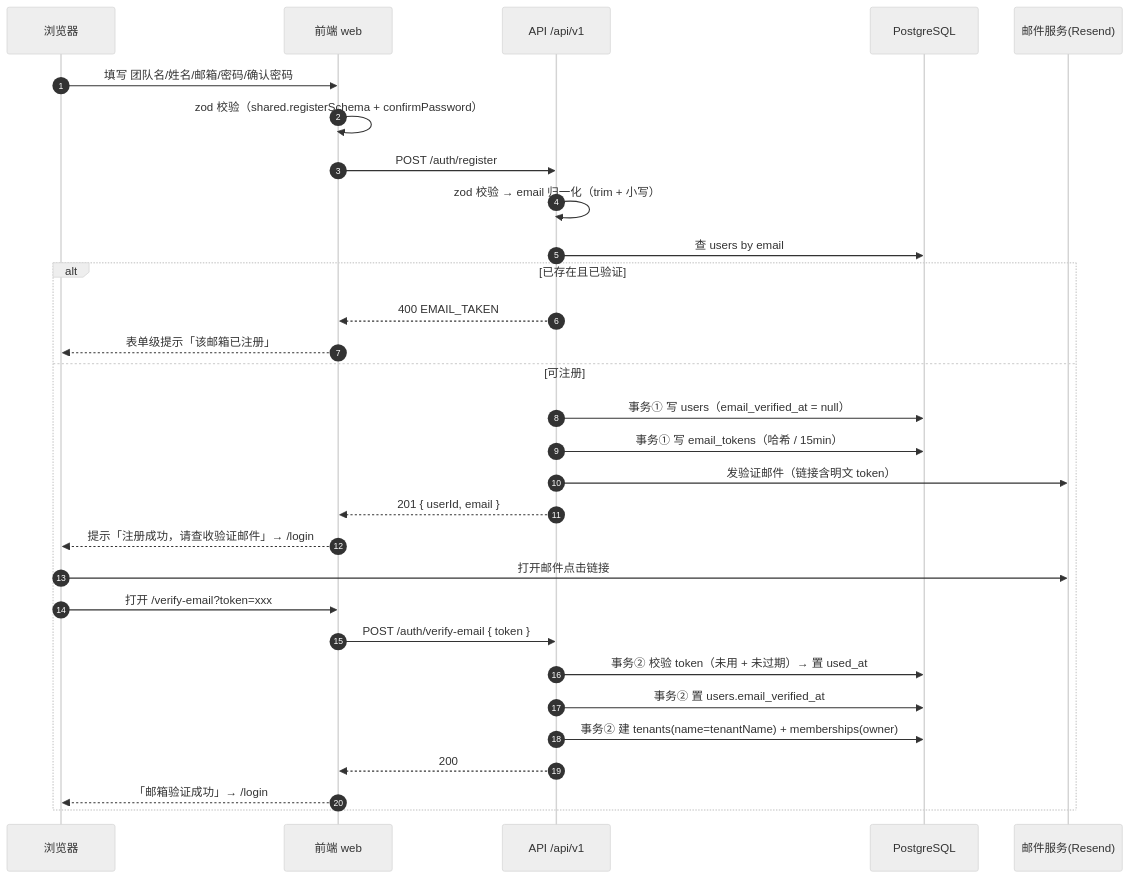
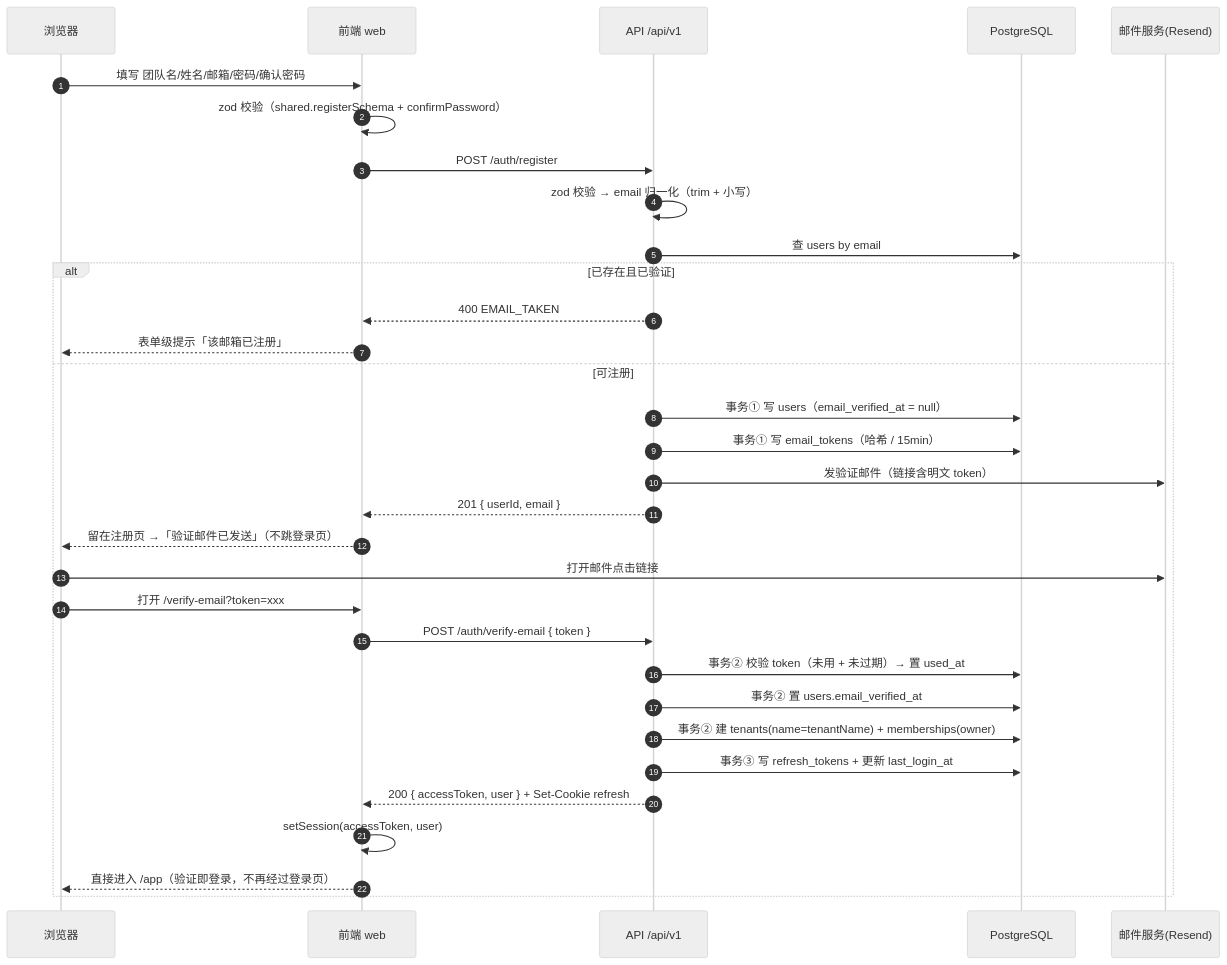
The first of 4 diagrams in _docs/功能技术方案/01-注册与登录.md (silent-wood/saas-starter), drawn with Mermaid (neutral theme) before and after one commit. The commit also changed other lines of this file and 23 other files, not shown here.

````diff
--- a/_docs/功能技术方案/01-注册与登录.md
+++ b/_docs/功能技术方案/01-注册与登录.md
@@ -80,33 +82,35 @@
 ```mermaid
 sequenceDiagram
     autonumber
     participant U as 浏览器
     participant W as 前端 web
     participant A as API /api/v1
     participant D as PostgreSQL
     participant M as 邮件服务(Resend)
 
     U->>W: 填写 团队名/姓名/邮箱/密码/确认密码
     W->>W: zod 校验（shared.registerSchema + confirmPassword）
     W->>A: POST /auth/register
     A->>A: zod 校验 → email 归一化（trim + 小写）
     A->>D: 查 users by email
     alt 已存在且已验证
         A-->>W: 400 EMAIL_TAKEN
         W-->>U: 表单级提示「该邮箱已注册」
     else 可注册
         A->>D: 事务① 写 users（email_verified_at = null）
         A->>D: 事务① 写 email_tokens（哈希 / 15min）
         A->>M: 发验证邮件（链接含明文 token）
         A-->>W: 201 { userId, email }
-        W-->>U: 提示「注册成功，请查收验证邮件」→ /login
+        W-->>U: 留在注册页 →「验证邮件已发送」（不跳登录页）
         U->>M: 打开邮件点击链接
         U->>W: 打开 /verify-email?token=xxx
         W->>A: POST /auth/verify-email { token }
         A->>D: 事务② 校验 token（未用 + 未过期）→ 置 used_at
         A->>D: 事务② 置 users.email_verified_at
         A->>D: 事务② 建 tenants(name=tenantName) + memberships(owner)
-        A-->>W: 200
-        W-->>U: 「邮箱验证成功」→ /login
+        A->>D: 事务③ 写 refresh_tokens + 更新 last_login_at
+        A-->>W: 200 { accessToken, user } + Set-Cookie refresh
+        W->>W: setSession(accessToken, user)
+        W-->>U: 直接进入 /app（验证即登录，不再经过登录页）
     end
 ```
````
